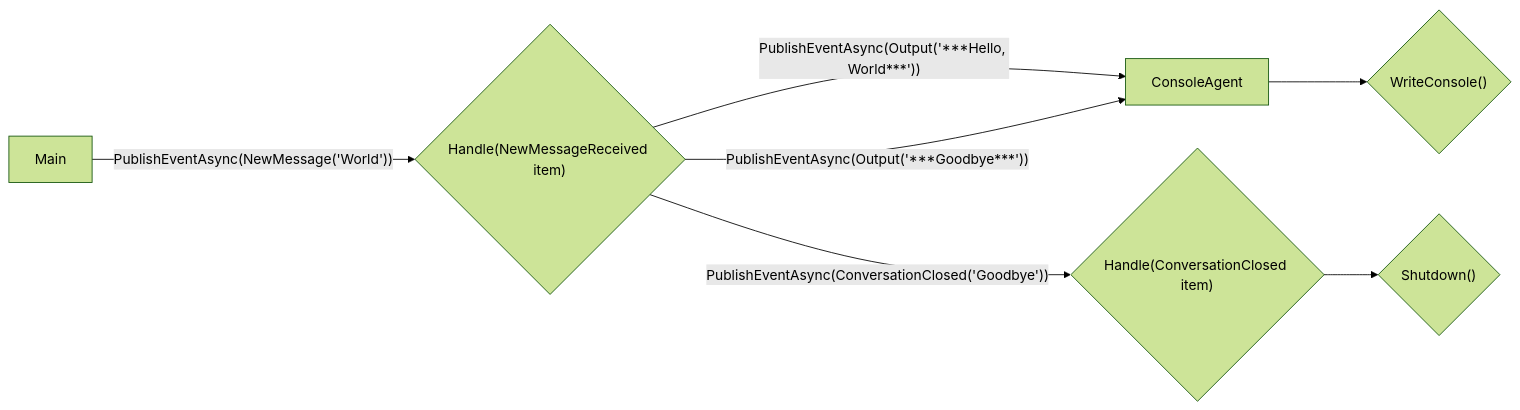
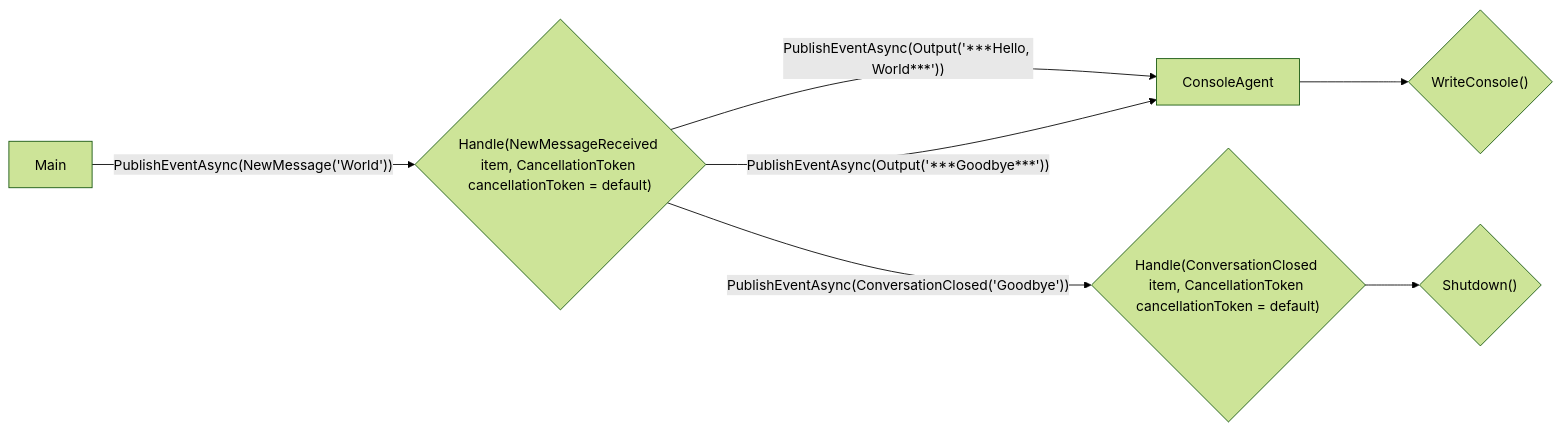
The diagram in dotnet/samples/Hello/HelloAgent/README.md (amaziatower/aider-model-train), drawn with Mermaid before and after one commit. The commit also changed other lines of this file and 78 other files, not shown here.

````diff
--- a/dotnet/samples/Hello/HelloAgent/README.md
+++ b/dotnet/samples/Hello/HelloAgent/README.md
@@ -25,11 +25,11 @@
 ```mermaid
 %%{init: {'theme':'forest'}}%%
 graph LR;
-    A[Main] --> |"PublishEventAsync(NewMessage('World'))"| B{"Handle(NewMessageReceived item)"}
+    A[Main] --> |"PublishEventAsync(NewMessage('World'))"| B{"Handle(NewMessageReceived item, CancellationToken cancellationToken = default)"}
     B --> |"PublishEventAsync(Output('***Hello, World***'))"| C[ConsoleAgent]
     C --> D{"WriteConsole()"}
-    B --> |"PublishEventAsync(ConversationClosed('Goodbye'))"| E{"Handle(ConversationClosed item)"}
+    B --> |"PublishEventAsync(ConversationClosed('Goodbye'))"| E{"Handle(ConversationClosed item, CancellationToken cancellationToken = default)"}
     B --> |"PublishEventAsync(Output('***Goodbye***'))"| C
     E --> F{"Shutdown()"}
 
 ```
````
